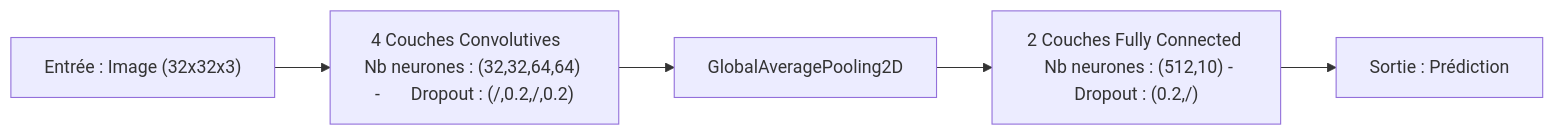
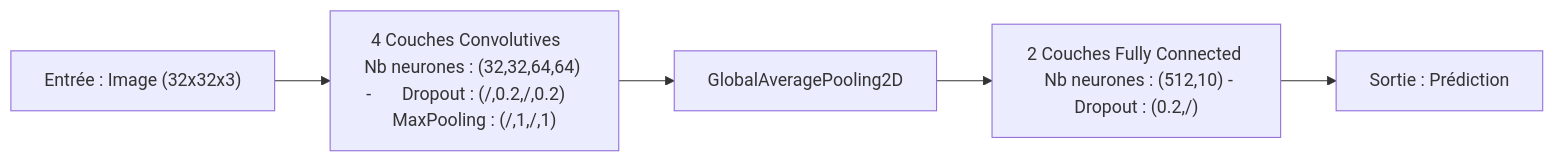
The seventh of 10 diagrams in README.md (PaulGuillemin/embedded-AI-CIFAR-10), drawn with Mermaid before and after one commit. The commit also changed other lines of this file, not shown here.

````diff
--- a/README.md
+++ b/README.md
@@ -244,7 +244,7 @@
 ```mermaid
 flowchart LR
-    A["Entrée : Image (32x32x3)"] --> B["4 Couches Convolutives    Nb neurones : (32,32,64,64) -       Dropout : (/,0.2,/,0.2)"]
+    A["Entrée : Image (32x32x3)"] --> B["4 Couches Convolutives    Nb neurones : (32,32,64,64) -       Dropout : (/,0.2,/,0.2)    MaxPooling : (/,1,/,1)"]
     B --> C["GlobalAveragePooling2D"]
     C --> D["2 Couches Fully Connected    Nb neurones : (512,10) -  Dropout : (0.2,/)"]
     D --> E["Sortie : Prédiction"]
 ```
````
